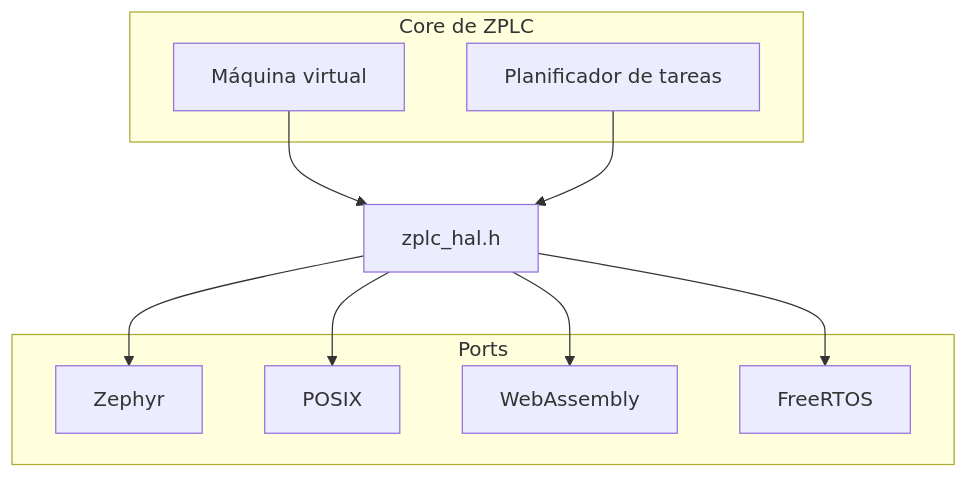
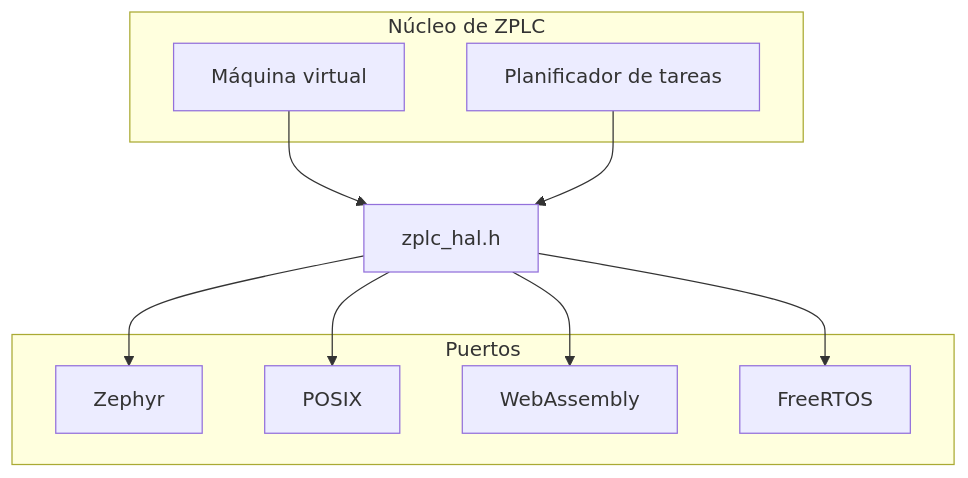
One commit to eduardojvieira/ZPLC changed the diagram in docs/i18n/es/docusaurus-plugin-content-docs/current/runtime/hal.md. Above: the diagram before and after it, drawn with Mermaid. The commit also changed other lines of this file and 1 other file, not shown here.

````diff
--- a/docs/i18n/es/docusaurus-plugin-content-docs/current/runtime/hal.md
+++ b/docs/i18n/es/docusaurus-plugin-content-docs/current/runtime/hal.md
@@ -15,23 +15,23 @@
 ```mermaid
 graph TB
-    subgraph "Core de ZPLC"
+    subgraph "Núcleo de ZPLC"
         VM[Máquina virtual]
         Scheduler[Planificador de tareas]
     end
 
     HAL[zplc_hal.h]
 
-    subgraph "Ports"
+    subgraph "Puertos"
         Zephyr[Zephyr]
         POSIX[POSIX]
         WASM[WebAssembly]
         FreeRTOS[FreeRTOS]
     end
 
     VM --> HAL
     Scheduler --> HAL
     HAL --> Zephyr
     HAL --> POSIX
     HAL --> WASM
     HAL --> FreeRTOS
 ```
````
